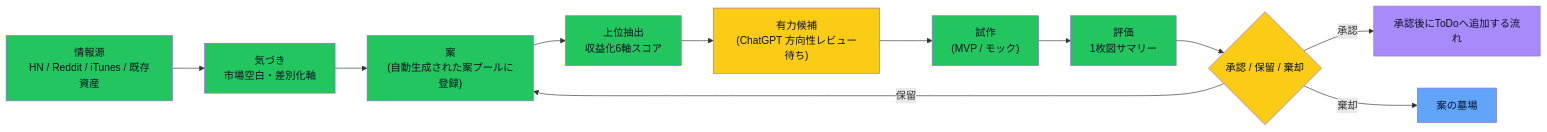
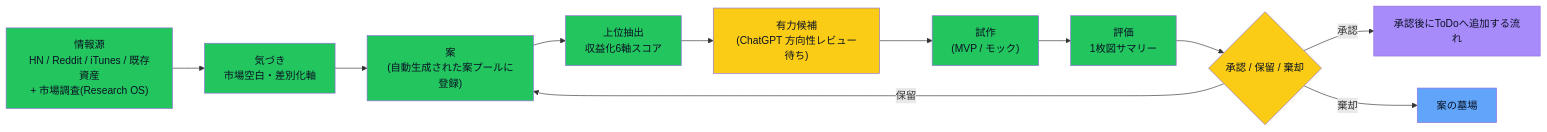
One commit to kaeru07/vault changed the diagram in 05_monetization/idea_trace.md. Above: the diagram before and after it, drawn with Mermaid. The commit also changed other lines of this file and 1 other file, not shown here.

First line of the commit message:
vloop: Epic #63 idea_trace に市場調査(Research OS)由来の案#11-15を追加

````diff
--- a/05_monetization/idea_trace.md
+++ b/05_monetization/idea_trace.md
@@ -219,18 +317,18 @@
 ```mermaid
 flowchart LR
-  Source["情報源<br/>HN / Reddit / iTunes / 既存資産"]:::done --> Insight["気づき<br/>市場空白・差別化軸"]:::done
+  Source["情報源<br/>HN / Reddit / iTunes / 既存資産<br/>+ 市場調査(Research OS)"]:::done --> Insight["気づき<br/>市場空白・差別化軸"]:::done
   Insight --> Idea["案<br/>(自動生成された案プールに登録)"]:::done
   Idea --> Score["上位抽出<br/>収益化6軸スコア"]:::done
   Score --> Candidate["有力候補<br/>(ChatGPT 方向性レビュー待ち)"]:::user
   Candidate --> Proto["試作<br/>(MVP / モック)"]:::done
   Proto --> Review["評価<br/>1枚図サマリー"]:::done
   Review --> Decision{"承認 / 保留 / 棄却"}:::user
   Decision -->|"承認"| Progress["承認後にToDoへ追加する流れ"]:::next
   Decision -->|"保留"| Idea
   Decision -->|"棄却"| Graveyard["案の墓場"]:::merged
 
   classDef done fill:#22c55e,color:#0b1224
   classDef user fill:#facc15,color:#0b1224
   classDef next fill:#a78bfa,color:#0b1224
   classDef merged fill:#60a5fa,color:#0b1224
 ```
````
